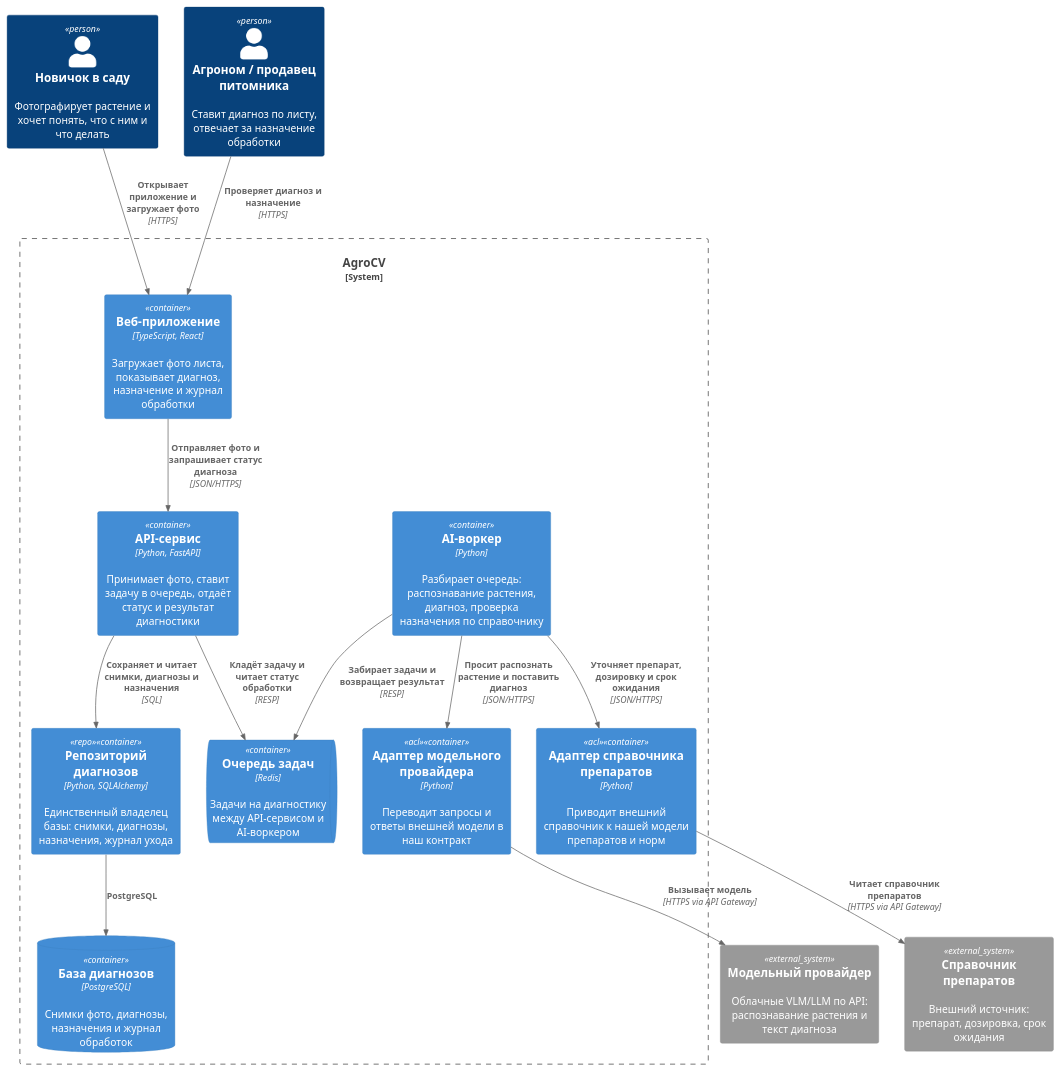
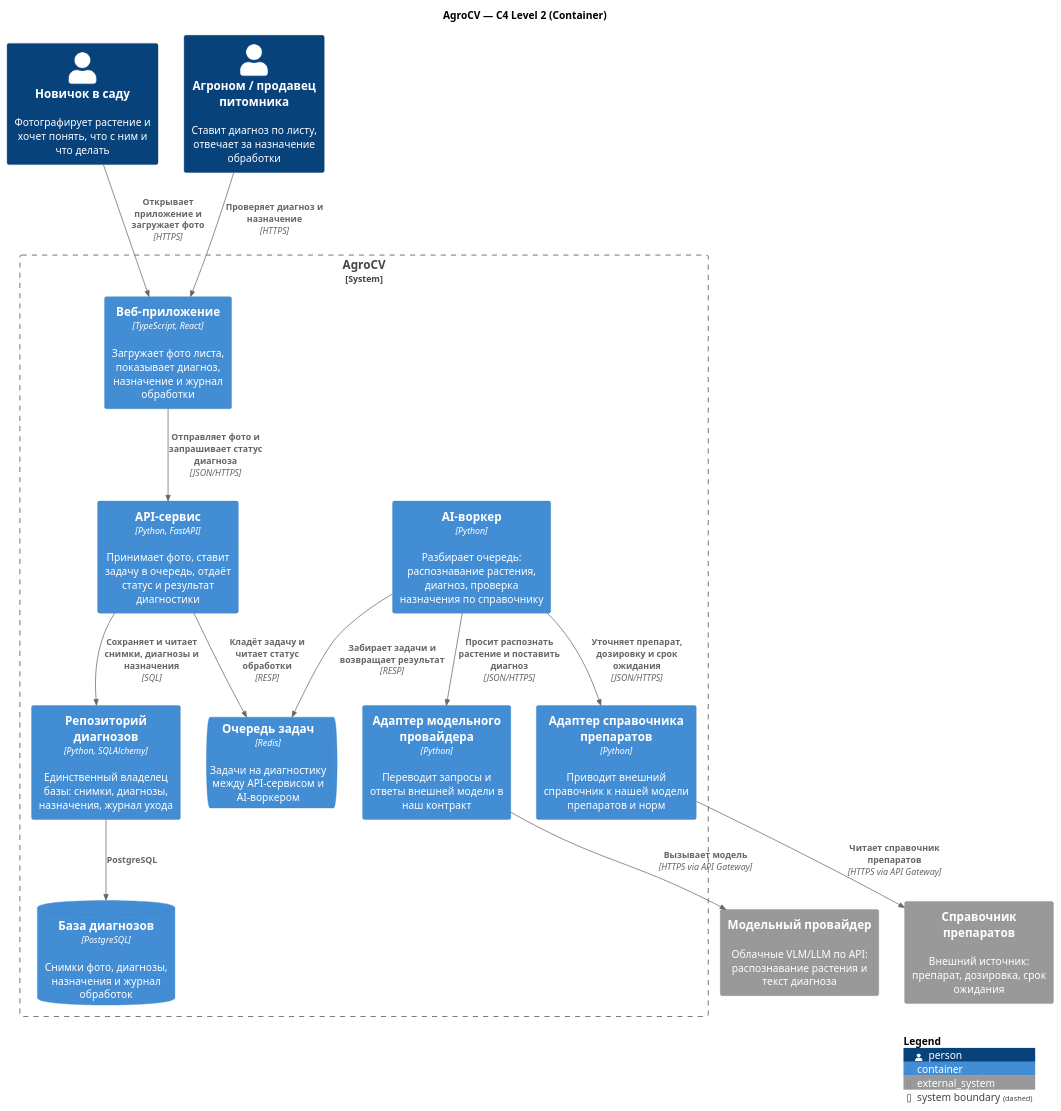
The diagram in docs/architecture/c4-container.puml (vstu-sii/stream-6-agrocv-team), drawn with PlantUML before and after one commit. The commit also changed 5 other files, not shown here.

Commit message:
Fix architecture diagramms, add rendered svg's & README.md for architecture part, replace erd.puml

```diff
--- a/docs/architecture/c4-container.puml
+++ b/docs/architecture/c4-container.puml
@@ -1,43 +1,36 @@
-@startuml agrocv-containers
-!include https://raw.githubusercontent.com/plantuml-stdlib/C4-PlantUML/master/C4_Container.puml
+@startuml c4-container
+!include <C4/C4_Container>
 
-' ── Container level ───────────────────────────────────────────────────
-' Scope:    одна система, один уровень глубже
-' Audience: разработчики, архитектор, ops
-' Shows:    исполняемые единицы и хранилища внутри AgroCV, технологии
-'           и то, как они общаются.
-'
-' Источник правил для aact: ../../aact.config.ts
-' Контекст уровнем выше:     c4-context.puml
-' Схема данных:              erd.puml
+title AgroCV — C4 Level 2 (Container)
 
 Person(gardener, "Новичок в саду", "Фотографирует растение и хочет понять, что с ним и что делать")
 Person(agronomist, "Агроном / продавец питомника", "Ставит диагноз по листу, отвечает за назначение обработки")
 
 System_Ext(model_provider, "Модельный провайдер", "Облачные VLM/LLM по API: распознавание растения и текст диагноза")
 System_Ext(drug_reference, "Справочник препаратов", "Внешний источник: препарат, дозировка, срок ожидания")
 
 System_Boundary(agrocv, "AgroCV") {
   Container(web, "Веб-приложение", "TypeScript, React", "Загружает фото листа, показывает диагноз, назначение и журнал обработки")
   Container(api, "API-сервис", "Python, FastAPI", "Принимает фото, ставит задачу в очередь, отдаёт статус и результат диагностики")
   Container(ai_worker, "AI-воркер", "Python", "Разбирает очередь: распознавание растения, диагноз, проверка назначения по справочнику")
   Container(llm_acl, "Адаптер модельного провайдера", "Python", "Переводит запросы и ответы внешней модели в наш контракт", $tags="acl")
   Container(drug_acl, "Адаптер справочника препаратов", "Python", "Приводит внешний справочник к нашей модели препаратов и норм", $tags="acl")
   Container(diagnostics_repo, "Репозиторий диагнозов", "Python, SQLAlchemy", "Единственный владелец базы: снимки, диагнозы, назначения, журнал ухода", $tags="repo")
   ContainerDb(diagnostics_db, "База диагнозов", "PostgreSQL", "Снимки фото, диагнозы, назначения и журнал обработок")
   ContainerQueue(queue, "Очередь задач", "Redis", "Задачи на диагностику между API-сервисом и AI-воркером")
 }
 
 Rel(gardener, web, "Открывает приложение и загружает фото", "HTTPS")
 Rel(agronomist, web, "Проверяет диагноз и назначение", "HTTPS")
 Rel(web, api, "Отправляет фото и запрашивает статус диагноза", "JSON/HTTPS")
 Rel(api, queue, "Кладёт задачу и читает статус обработки", "RESP")
 Rel(ai_worker, queue, "Забирает задачи и возвращает результат", "RESP", $tags="async")
 Rel(ai_worker, llm_acl, "Просит распознать растение и поставить диагноз", "JSON/HTTPS")
 Rel(ai_worker, drug_acl, "Уточняет препарат, дозировку и срок ожидания", "JSON/HTTPS")
 Rel(llm_acl, model_provider, "Вызывает модель", "HTTPS via API Gateway")
 Rel(drug_acl, drug_reference, "Читает справочник препаратов", "HTTPS via API Gateway")
 Rel(api, diagnostics_repo, "Сохраняет и читает снимки, диагнозы и назначения", "SQL")
 Rel(diagnostics_repo, diagnostics_db, "PostgreSQL")
 
+SHOW_LEGEND()
 @enduml
```
